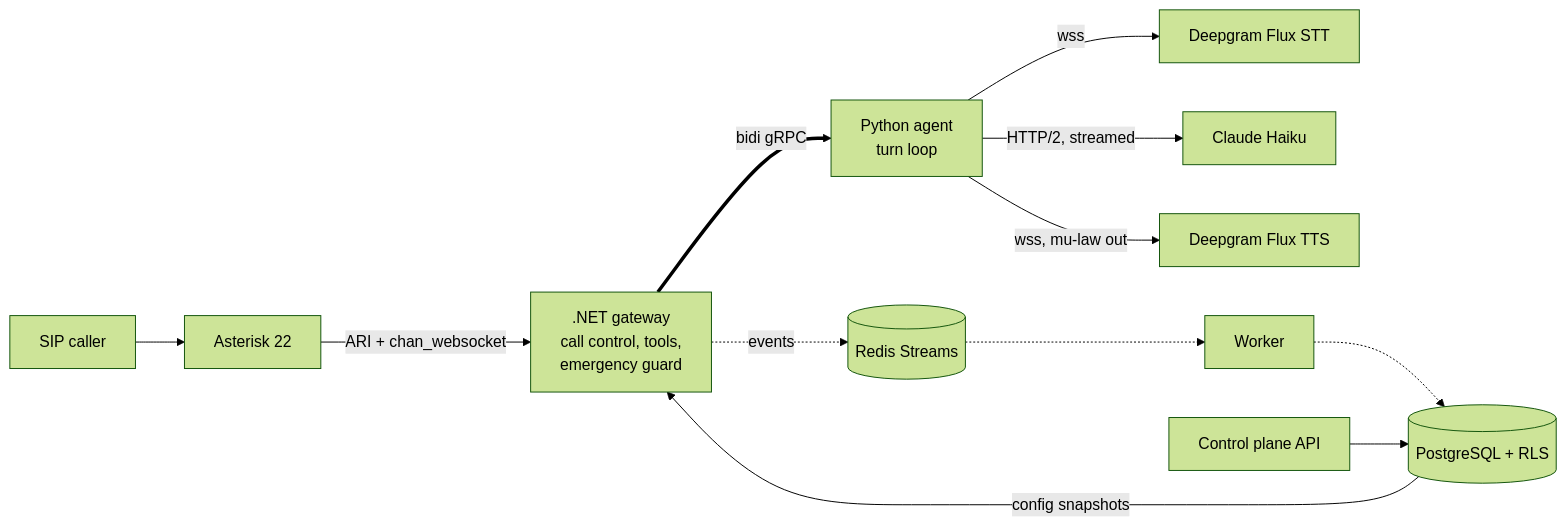
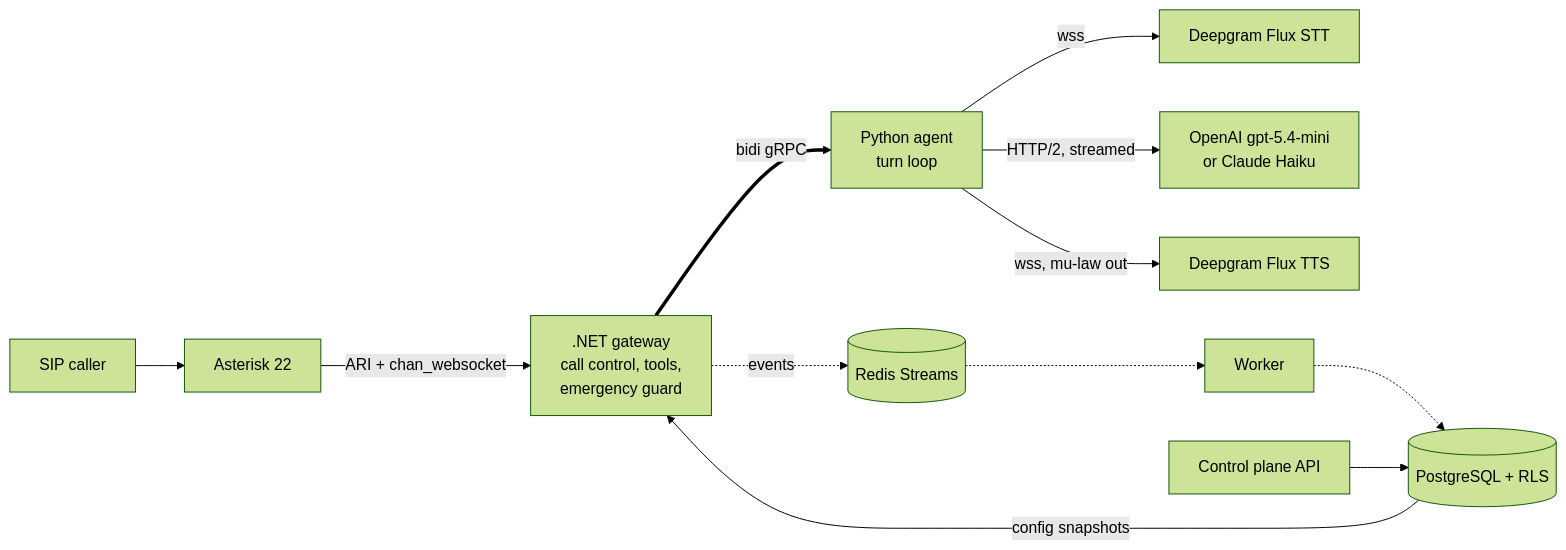
One commit to 7irelo/switchboard-ai-call-router changed the diagram in README.md. Above: the diagram before and after it, drawn with Mermaid (forest theme). The commit also changed other lines of this file and 11 other files, not shown here.

````diff
--- a/README.md
+++ b/README.md
@@ -9,12 +9,12 @@
 ```mermaid
 flowchart LR
   SIP[SIP caller] --> AST[Asterisk 22]
   AST -- "ARI + chan_websocket" --> GW[.NET gateway<br/>call control, tools,<br/>emergency guard]
   GW == "bidi gRPC" ==> AG[Python agent<br/>turn loop]
   AG -- "wss" --> STT[Deepgram Flux STT]
-  AG -- "HTTP/2, streamed" --> LLM[Claude Haiku]
+  AG -- "HTTP/2, streamed" --> LLM[OpenAI gpt-5.4-mini<br/>or Claude Haiku]
   AG -- "wss, mu-law out" --> TTS[Deepgram Flux TTS]
   GW -. events .-> RS[(Redis Streams)] -.-> W[Worker] -.-> DB[(PostgreSQL + RLS)]
   API[Control plane API] --> DB
   DB -- "config snapshots" --> GW
 ```
````
